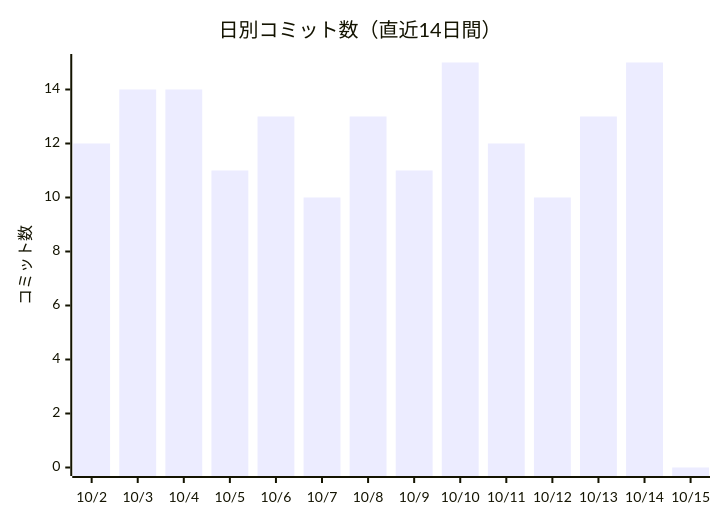
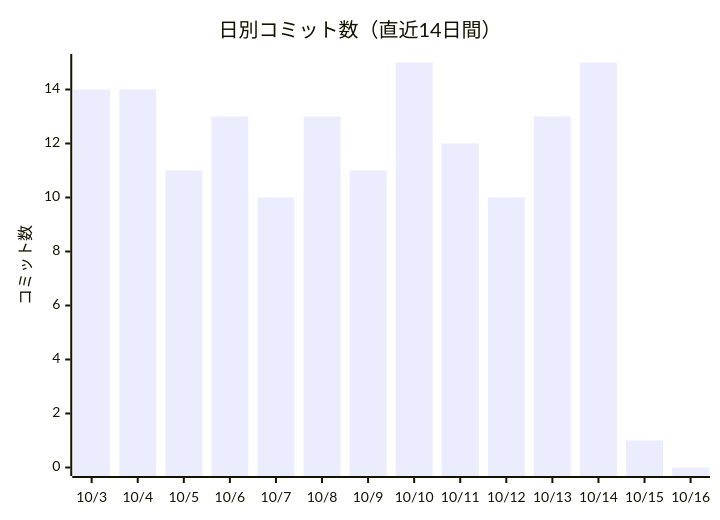
One commit to non-x2/non-x2 changed the first of 2 diagrams in docs/進化レポート.md. Above: the diagram before and after it, drawn with Mermaid. The commit also changed other lines of this file and 3 other files, not shown here.

````diff
--- a/docs/進化レポート.md
+++ b/docs/進化レポート.md
@@ -23,7 +23,7 @@
 ```mermaid
 xychart-beta
     title "日別コミット数（直近14日間）"
-    x-axis ["10/2", "10/3", "10/4", "10/5", "10/6", "10/7", "10/8", "10/9", "10/10", "10/11", "10/12", "10/13", "10/14", "10/15"]
+    x-axis ["10/3", "10/4", "10/5", "10/6", "10/7", "10/8", "10/9", "10/10", "10/11", "10/12", "10/13", "10/14", "10/15", "10/16"]
     y-axis "コミット数"
-    bar [12, 14, 14, 11, 13, 10, 13, 11, 15, 12, 10, 13, 15, 0]
+    bar [14, 14, 11, 13, 10, 13, 11, 15, 12, 10, 13, 15, 1, 0]
 ```
````
